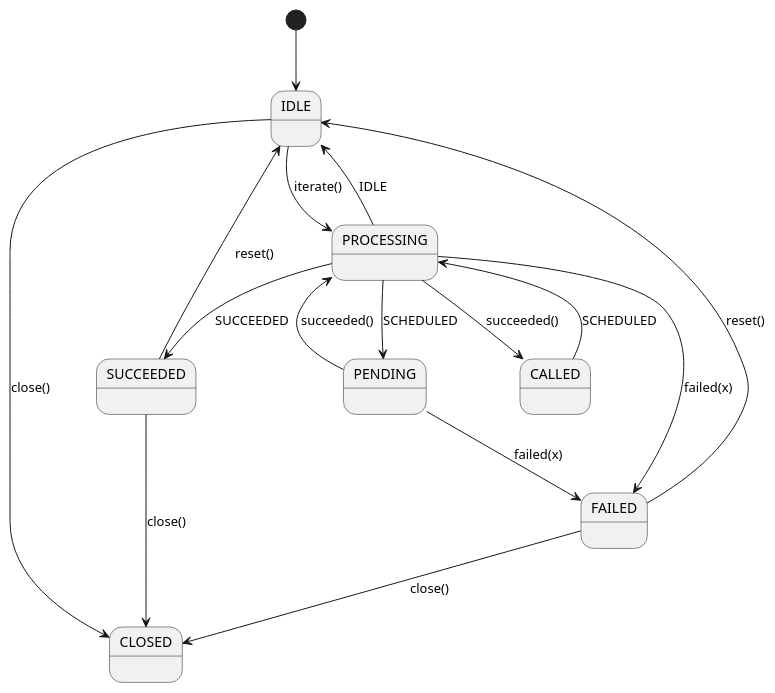
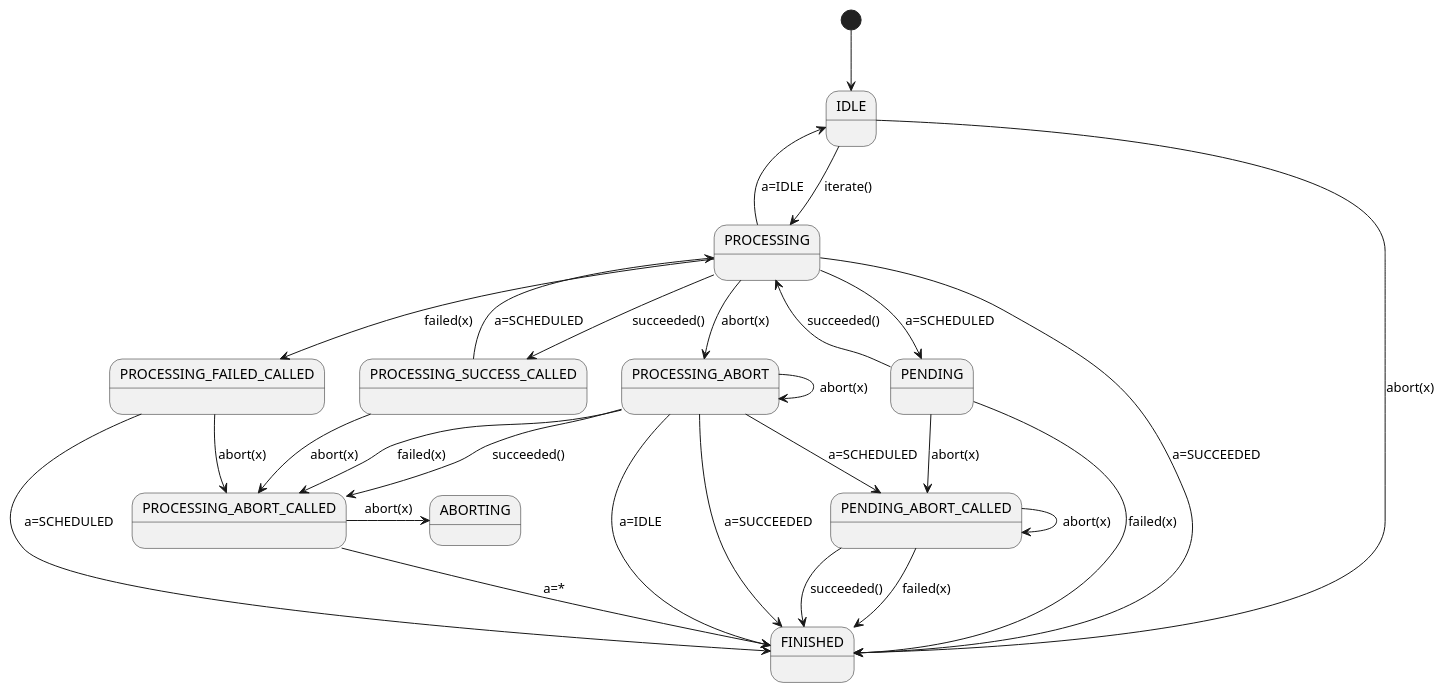
The diagram in jetty-core/jetty-util/src/main/java/org/eclipse/jetty/util/IteratingCallback_State.puml (jetty/jetty.project), drawn with PlantUML before and after one commit. The commit also changed 2 other files, not shown here.

Commit message:
Experiment for aborting callbacks
WIP

```diff
--- a/jetty-core/jetty-util/src/main/java/org/eclipse/jetty/util/IteratingCallback_State.puml
+++ b/jetty-core/jetty-util/src/main/java/org/eclipse/jetty/util/IteratingCallback_State.puml
@@ -1,35 +1,49 @@
 @startuml
 
 IDLE:
 PROCESSING:
+PROCESSING_SUCCESS_CALLED:
+PROCESSING_FAILED_CALLED:
+PROCESSING_ABORT:
+PROCESSING_ABORT_CALLED:
 PENDING:
-CALLED:
-SUCCEEDED:
-FAILED:
-CLOSED:
-
+PENDING_ABORT_CALLED:
+FINISHED:
 
 [*] --> IDLE
 
 IDLE --> PROCESSING: iterate()
+IDLE --> FINISHED: abort(x)
 
-PROCESSING --> IDLE: IDLE
-PROCESSING --> PENDING: SCHEDULED
-PROCESSING --> SUCCEEDED: SUCCEEDED
+PROCESSING --> IDLE: a=IDLE
+PROCESSING --> FINISHED: a=SUCCEEDED
+PROCESSING --> PENDING: a=SCHEDULED
+PROCESSING --> PROCESSING_SUCCESS_CALLED: succeeded()
+PROCESSING --> PROCESSING_FAILED_CALLED: failed(x)
+PROCESSING --> PROCESSING_ABORT: abort(x)
 
-CALLED --> PROCESSING: SCHEDULED
+PENDING --> PROCESSING: succeeded()
+PENDING --> FINISHED: failed(x)
+PENDING --> PENDING_ABORT_CALLED: abort(x)
 
-PROCESSING --> CALLED: succeeded()
-PENDING --> PROCESSING: succeeded()
+PROCESSING_SUCCESS_CALLED --> PROCESSING: a=SCHEDULED
+PROCESSING_SUCCESS_CALLED --> PROCESSING_ABORT_CALLED: abort(x)
 
-PENDING --> FAILED: failed(x)
-PROCESSING --> FAILED: failed(x)
+PROCESSING_FAILED_CALLED --> FINISHED: a=SCHEDULED
+PROCESSING_FAILED_CALLED --> PROCESSING_ABORT_CALLED: abort(x)
 
-IDLE --> CLOSED: close()
-SUCCEEDED --> CLOSED: close()
-FAILED --> CLOSED: close()
+PROCESSING_ABORT --> FINISHED: a=IDLE
+PROCESSING_ABORT --> FINISHED: a=SUCCEEDED
+PROCESSING_ABORT --> PENDING_ABORT_CALLED: a=SCHEDULED
+PROCESSING_ABORT --> PROCESSING_ABORT_CALLED: succeeded()
+PROCESSING_ABORT --> PROCESSING_ABORT_CALLED: failed(x)
+PROCESSING_ABORT --> PROCESSING_ABORT: abort(x)
 
-SUCCEEDED --> IDLE: reset()
-FAILED --> IDLE: reset()
+PENDING_ABORT_CALLED --> FINISHED: succeeded()
+PENDING_ABORT_CALLED --> FINISHED: failed(x)
+PENDING_ABORT_CALLED --> PENDING_ABORT_CALLED: abort(x)
+
+PROCESSING_ABORT_CALLED -> FINISHED: a=*
+PROCESSING_ABORT_CALLED -> ABORTING: abort(x)
 
 @enduml
```
